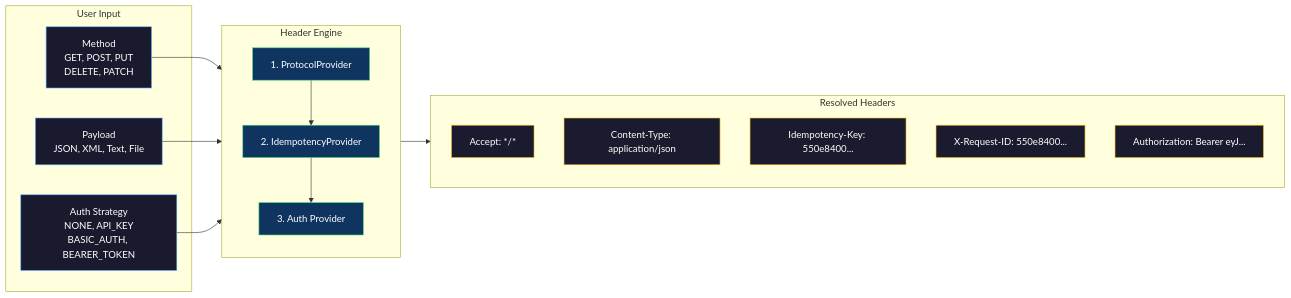
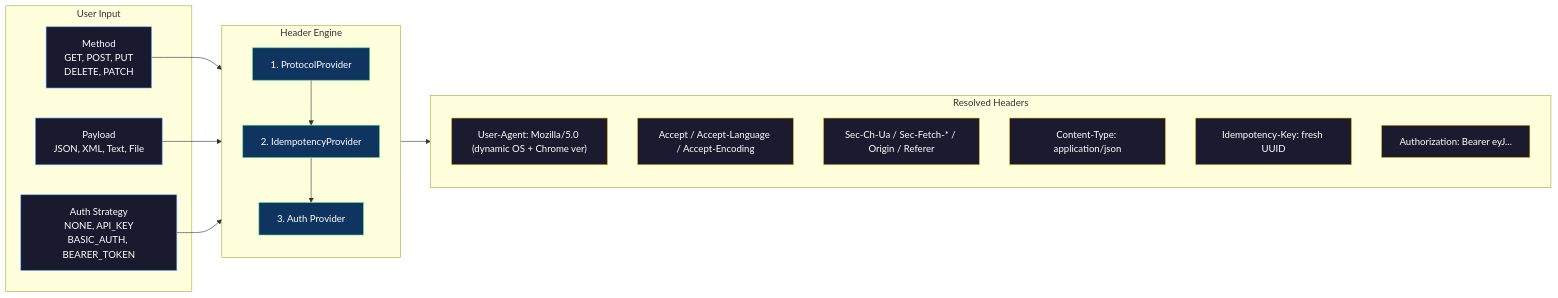
Before and after one commit to Pskuntal1248/http-client-INTEND: the third of 3 diagrams in README.md, drawn with Mermaid. The commit also changed other lines of this file, not shown here.

Commit message:
Enhance README: update idempotency and header handling descriptions for clarity

````diff
--- a/README.md
+++ b/README.md
@@ -530,37 +541,38 @@
 ```mermaid
 flowchart LR
     subgraph INPUT["User Input"]
         method["Method\nGET, POST, PUT\nDELETE, PATCH"]
         payload["Payload\nJSON, XML, Text, File"]
         auth["Auth Strategy\nNONE, API_KEY\nBASIC_AUTH, BEARER_TOKEN"]
     end
 
     subgraph ENGINE["Header Engine"]
         direction TB
         p1["1. ProtocolProvider"]
         p2["2. IdempotencyProvider"]
         p3["3. Auth Provider"]
         p1 --> p2 --> p3
     end
 
     subgraph HEADERS["Resolved Headers"]
-        h1["Accept: */*"]
-        h2["Content-Type: application/json"]
-        h3["Idempotency-Key: 550e8400..."]
-        h4["X-Request-ID: 550e8400..."]
-        h5["Authorization: Bearer eyJ..."]
+        h1["User-Agent: Mozilla/5.0 (dynamic OS + Chrome ver)"]
+        h2["Accept / Accept-Language / Accept-Encoding"]
+        h3["Sec-Ch-Ua / Sec-Fetch-* / Origin / Referer"]
+        h4["Content-Type: application/json"]
+        h5["Idempotency-Key: fresh UUID"]
+        h6["Authorization: Bearer eyJ..."]
     end
 
     method --> ENGINE
     payload --> ENGINE
     auth --> ENGINE
     ENGINE --> HEADERS
 
     classDef inputStyle fill:#1a1a2e,stroke:#60A5FA,color:#ffffff
     classDef engineStyle fill:#0f3460,stroke:#4ADE80,color:#ffffff
     classDef headerStyle fill:#1b1b2f,stroke:#FBBF24,color:#ffffff
 
     class method,payload,auth inputStyle
     class p1,p2,p3 engineStyle
-    class h1,h2,h3,h4,h5 headerStyle
+    class h1,h2,h3,h4,h5,h6 headerStyle
 ```
````
